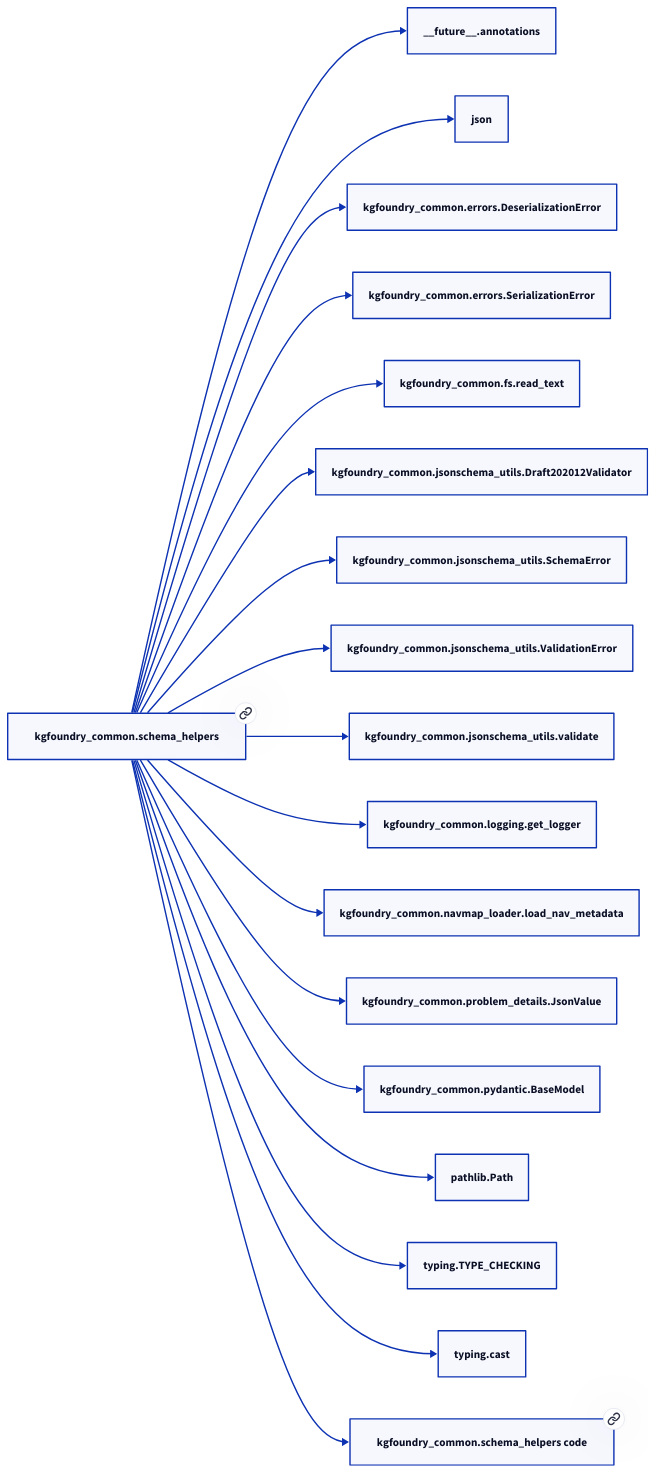
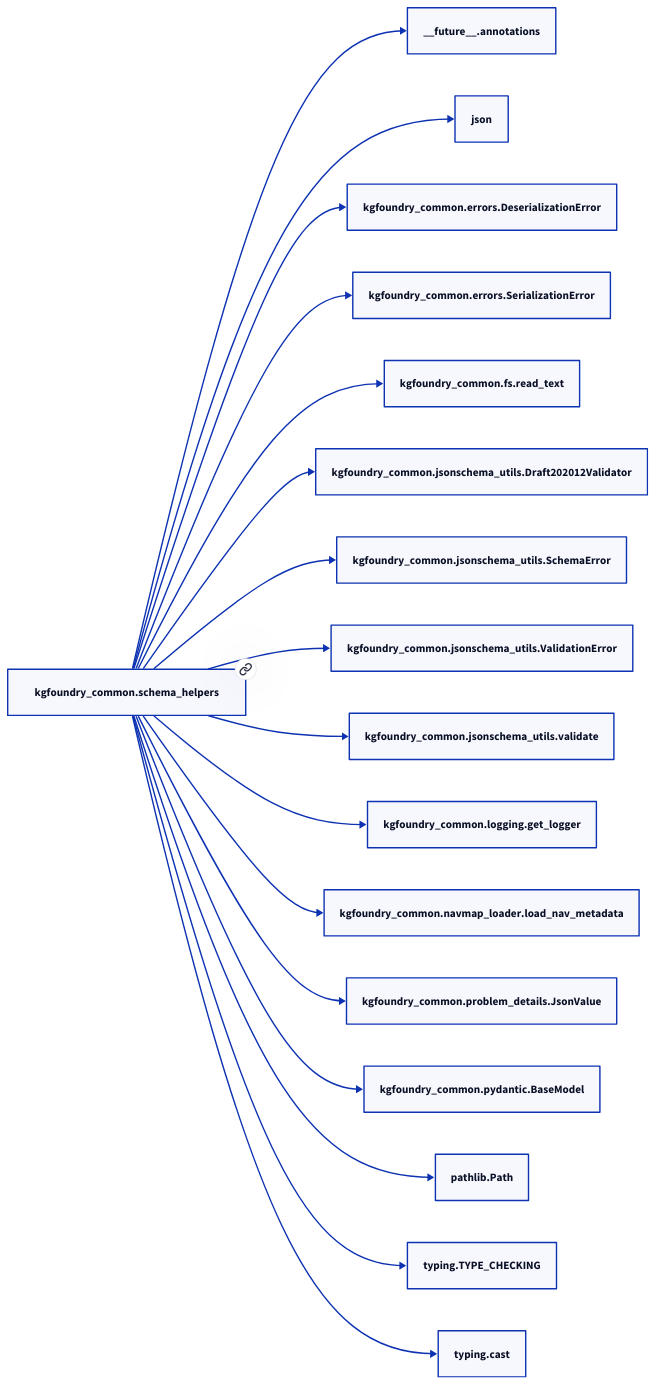
One commit to paul-heyse/kgforge changed the diagram in docs/modules/kgfoundry_common/schema_helpers.md. Above: the diagram before and after it, drawn with D2. The commit also changed other lines of this file and 118 other files, not shown here.

````diff
--- a/docs/modules/kgfoundry_common/schema_helpers.md
+++ b/docs/modules/kgfoundry_common/schema_helpers.md
@@ -37,38 +35,36 @@
 ```d2
 direction: right
-"kgfoundry_common.schema_helpers": "kgfoundry_common.schema_helpers" { link: "./kgfoundry_common/schema_helpers.md" }
+"kgfoundry_common.schema_helpers": "kgfoundry_common.schema_helpers" { link: "schema_helpers.md" }
 "__future__.annotations": "__future__.annotations"
 "kgfoundry_common.schema_helpers" -> "__future__.annotations"
 "json": "json"
 "kgfoundry_common.schema_helpers" -> "json"
 "kgfoundry_common.errors.DeserializationError": "kgfoundry_common.errors.DeserializationError"
 "kgfoundry_common.schema_helpers" -> "kgfoundry_common.errors.DeserializationError"
 "kgfoundry_common.errors.SerializationError": "kgfoundry_common.errors.SerializationError"
 "kgfoundry_common.schema_helpers" -> "kgfoundry_common.errors.SerializationError"
 "kgfoundry_common.fs.read_text": "kgfoundry_common.fs.read_text"
 "kgfoundry_common.schema_helpers" -> "kgfoundry_common.fs.read_text"
 "kgfoundry_common.jsonschema_utils.Draft202012Validator": "kgfoundry_common.jsonschema_utils.Draft202012Validator"
 "kgfoundry_common.schema_helpers" -> "kgfoundry_common.jsonschema_utils.Draft202012Validator"
 "kgfoundry_common.jsonschema_utils.SchemaError": "kgfoundry_common.jsonschema_utils.SchemaError"
 "kgfoundry_common.schema_helpers" -> "kgfoundry_common.jsonschema_utils.SchemaError"
 "kgfoundry_common.jsonschema_utils.ValidationError": "kgfoundry_common.jsonschema_utils.ValidationError"
 "kgfoundry_common.schema_helpers" -> "kgfoundry_common.jsonschema_utils.ValidationError"
 "kgfoundry_common.jsonschema_utils.validate": "kgfoundry_common.jsonschema_utils.validate"
 "kgfoundry_common.schema_helpers" -> "kgfoundry_common.jsonschema_utils.validate"
 "kgfoundry_common.logging.get_logger": "kgfoundry_common.logging.get_logger"
 "kgfoundry_common.schema_helpers" -> "kgfoundry_common.logging.get_logger"
 "kgfoundry_common.navmap_loader.load_nav_metadata": "kgfoundry_common.navmap_loader.load_nav_metadata"
 "kgfoundry_common.schema_helpers" -> "kgfoundry_common.navmap_loader.load_nav_metadata"
 "kgfoundry_common.problem_details.JsonValue": "kgfoundry_common.problem_details.JsonValue"
 "kgfoundry_common.schema_helpers" -> "kgfoundry_common.problem_details.JsonValue"
 "kgfoundry_common.pydantic.BaseModel": "kgfoundry_common.pydantic.BaseModel"
 "kgfoundry_common.schema_helpers" -> "kgfoundry_common.pydantic.BaseModel"
 "pathlib.Path": "pathlib.Path"
 "kgfoundry_common.schema_helpers" -> "pathlib.Path"
 "typing.TYPE_CHECKING": "typing.TYPE_CHECKING"
 "kgfoundry_common.schema_helpers" -> "typing.TYPE_CHECKING"
 "typing.cast": "typing.cast"
 "kgfoundry_common.schema_helpers" -> "typing.cast"
-"kgfoundry_common.schema_helpers_code": "kgfoundry_common.schema_helpers code" { link: "https://github.com/kgfoundry/kgfoundry/blob/main/src/kgfoundry_common/schema_helpers.py" }
-"kgfoundry_common.schema_helpers" -> "kgfoundry_common.schema_helpers_code" { style: dashed }
 ```
````
